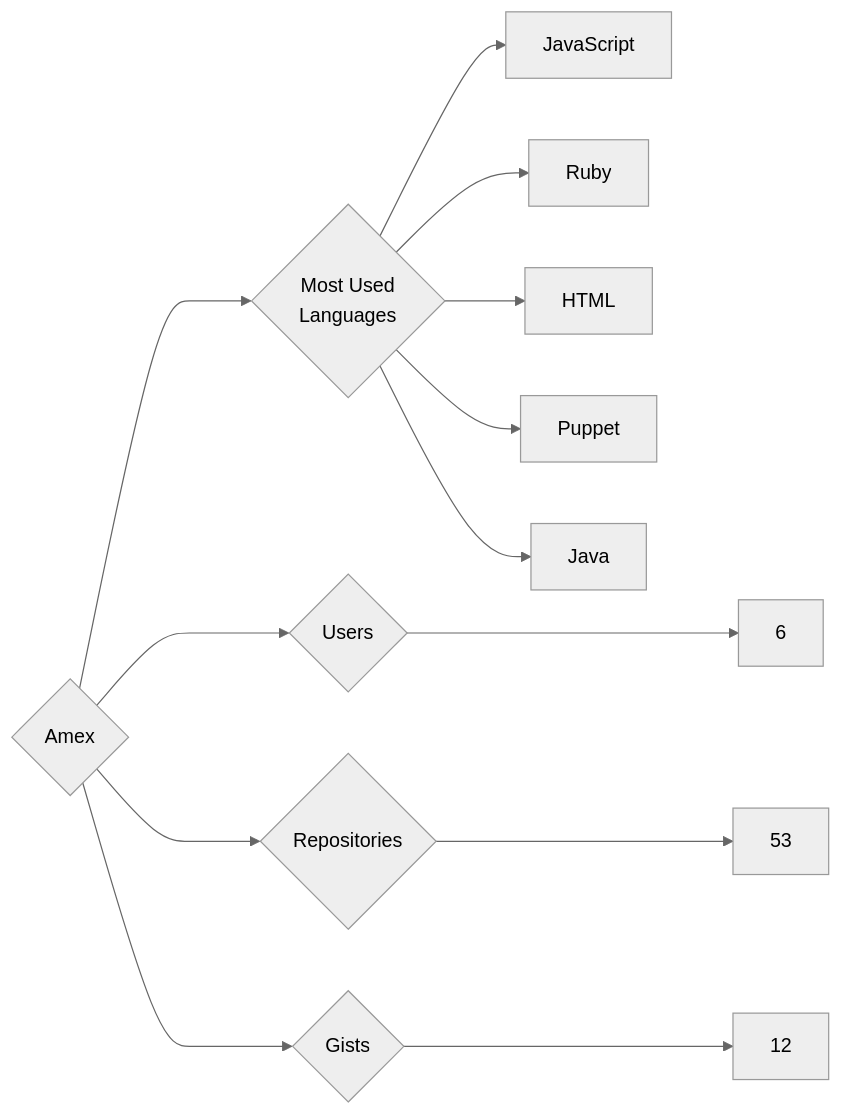
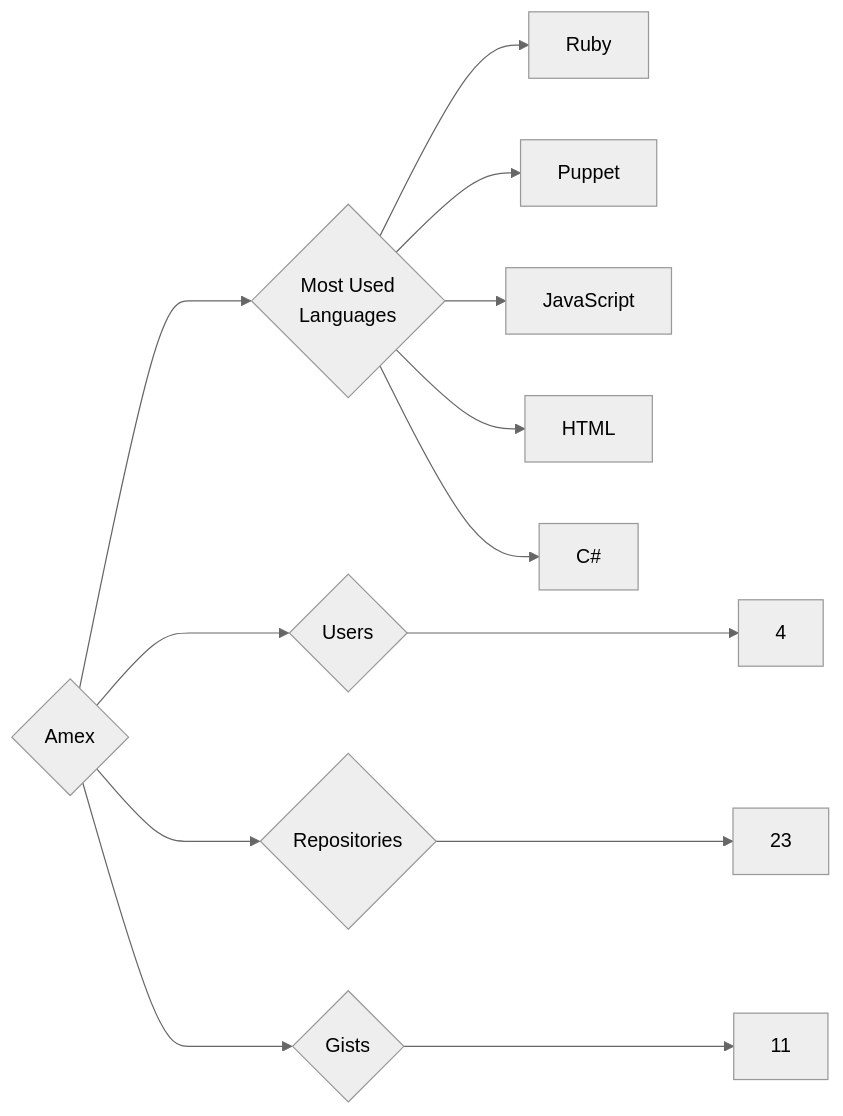
Before and after one commit to trickest/insiders: the diagram in targets/Amex/README.md, drawn with Mermaid (neutral theme). The commit also changed 786 other files, not shown here.

````diff
--- a/targets/Amex/README.md
+++ b/targets/Amex/README.md
@@ -3,13 +3,13 @@
 ```mermaid
 graph LR
 COMPANY_NAME{Amex}
-COMPANY_NAME ---> U{Users} ---> UN[6]
-COMPANY_NAME ---> R{Repositories} ---> RN[53]
-COMPANY_NAME ---> G{Gists} ---> GN[12]
+COMPANY_NAME ---> U{Users} ---> UN[4]
+COMPANY_NAME ---> R{Repositories} ---> RN[23]
+COMPANY_NAME ---> G{Gists} ---> GN[11]
 COMPANY_NAME ---> ML{Most Used<br>Languages}
+ML --> Ruby[Ruby]
+ML --> Puppet[Puppet]
 ML --> JavaScript[JavaScript]
-ML --> Ruby[Ruby]
 ML --> HTML[HTML]
-ML --> Puppet[Puppet]
-ML --> Java[Java]
+ML --> C#[C#]
 ```
````
